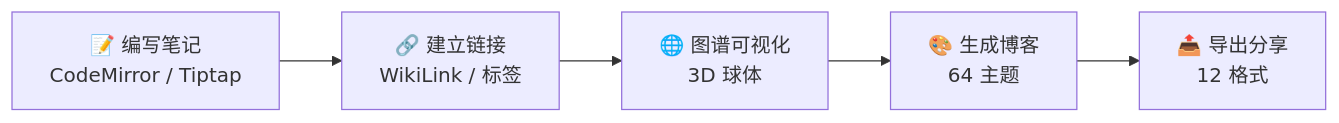
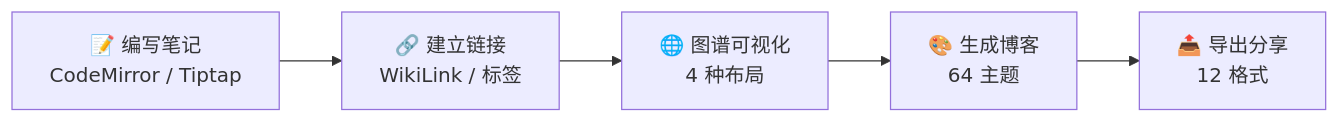
Before and after one commit to James-fake/MarkCraft: the diagram in README.md, drawn with Mermaid. The commit also changed other lines of this file and 1 other file, not shown here.

````diff
--- a/README.md
+++ b/README.md
@@ -144,7 +142,7 @@
 ```mermaid
 flowchart LR
     A[📝 编写笔记<br/>CodeMirror / Tiptap] --> B[🔗 建立链接<br/>WikiLink / 标签]
-    B --> C[🌐 图谱可视化<br/>3D 球体]
+    B --> C[🌐 图谱可视化<br/>4 种布局]
     C --> D[🎨 生成博客<br/>64 主题]
     D --> E[📤 导出分享<br/>12 格式]
 ```
````
